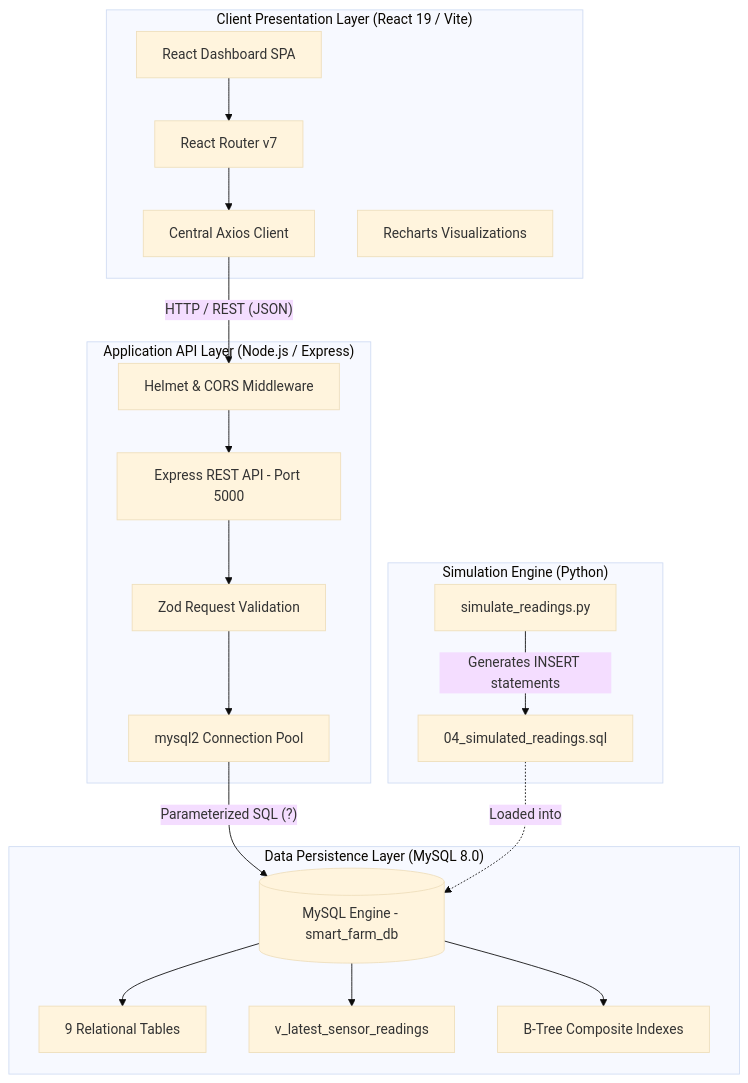
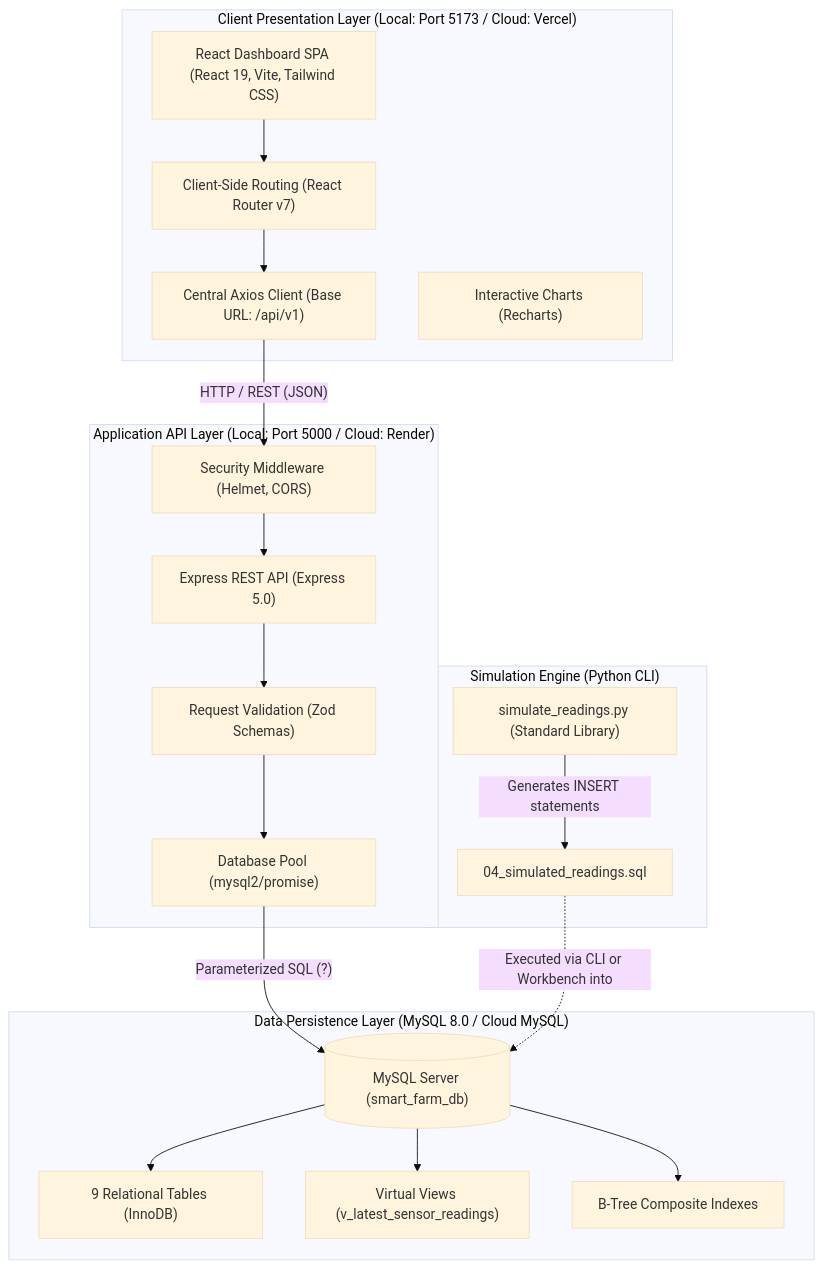
The first of 2 diagrams in README.md (Rahul84825/DBMS), drawn with Mermaid (base theme) before and after one commit. The commit also changed other lines of this file, not shown here.

Commit message:
docs: complete comprehensive root README.md for Smart Farm DBMS project

````diff
--- a/README.md
+++ b/README.md
@@ -108,41 +148,41 @@
 ```mermaid
 flowchart TD
-    subgraph Client ["Client Presentation Layer (React 19 / Vite)"]
-        UI[React Dashboard SPA]
-        Router[React Router v7]
-        AxiosClient[Central Axios Client]
-        Recharts[Recharts Visualizations]
+    subgraph Client ["Client Presentation Layer (Local: Port 5173 / Cloud: Vercel)"]
+        UI["React Dashboard SPA (React 19, Vite, Tailwind CSS)"]
+        Router["Client-Side Routing (React Router v7)"]
+        AxiosClient["Central Axios Client (Base URL: /api/v1)"]
+        Recharts["Interactive Charts (Recharts)"]
     end
 
-    subgraph Server ["Application API Layer (Node.js / Express)"]
-        API[Express REST API - Port 5000]
-        Security[Helmet & CORS Middleware]
-        Zod[Zod Request Validation]
-        Pool[mysql2 Connection Pool]
+    subgraph Server ["Application API Layer (Local: Port 5000 / Cloud: Render)"]
+        API["Express REST API (Express 5.0)"]
+        Security["Security Middleware (Helmet, CORS)"]
+        Zod["Request Validation (Zod Schemas)"]
+        Pool["Database Pool (mysql2/promise)"]
     end
 
-    subgraph Database ["Data Persistence Layer (MySQL 8.0)"]
-        MySQL[(MySQL Engine - smart_farm_db)]
-        Tables[9 Relational Tables]
-        Views[v_latest_sensor_readings]
-        Indexes[B-Tree Composite Indexes]
+    subgraph Database ["Data Persistence Layer (MySQL 8.0 / Cloud MySQL)"]
+        MySQL[("MySQL Server (smart_farm_db)")]
+        Tables["9 Relational Tables (InnoDB)"]
+        Views["Virtual Views (v_latest_sensor_readings)"]
+        Indexes["B-Tree Composite Indexes"]
     end
 
-    subgraph SimulatorEngine ["Simulation Engine (Python)"]
-        PySim[simulate_readings.py]
-        SQLFile[04_simulated_readings.sql]
+    subgraph SimulatorEngine ["Simulation Engine (Python CLI)"]
+        PySim["simulate_readings.py (Standard Library)"]
+        SQLFile["04_simulated_readings.sql"]
     end
 
     UI --> Router
     Router --> AxiosClient
     AxiosClient -- "HTTP / REST (JSON)" --> Security
     Security --> API
     API --> Zod
     Zod --> Pool
     Pool -- "Parameterized SQL (?)" --> MySQL
     MySQL --> Tables
     MySQL --> Views
     MySQL --> Indexes
     PySim -- "Generates INSERT statements" --> SQLFile
-    SQLFile -. "Loaded into" .-> MySQL
+    SQLFile -. "Executed via CLI or Workbench into" .-> MySQL
 ```
````
